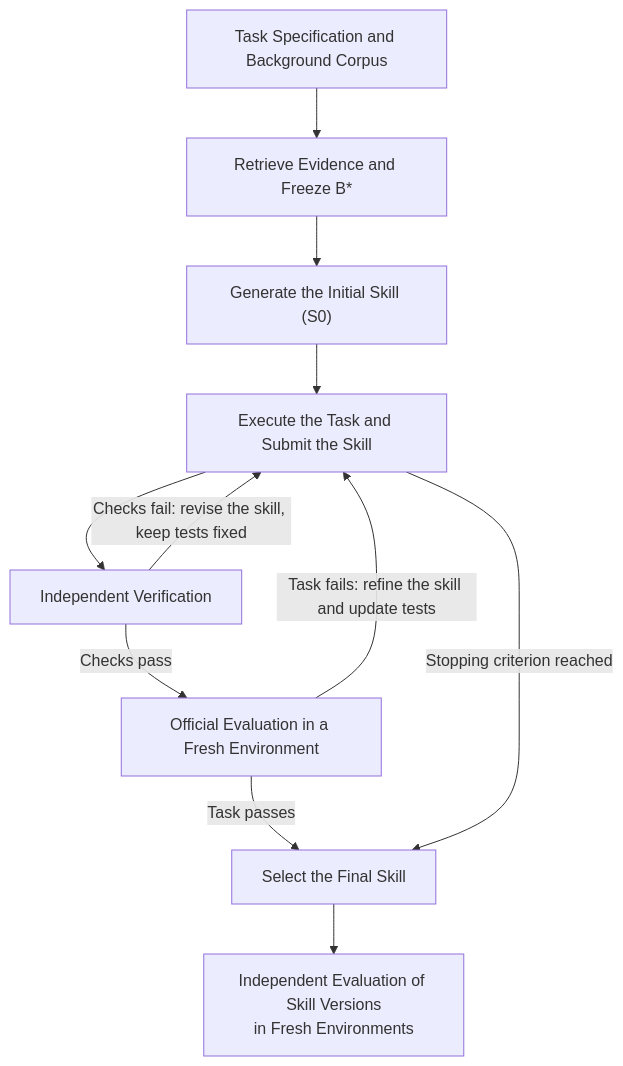
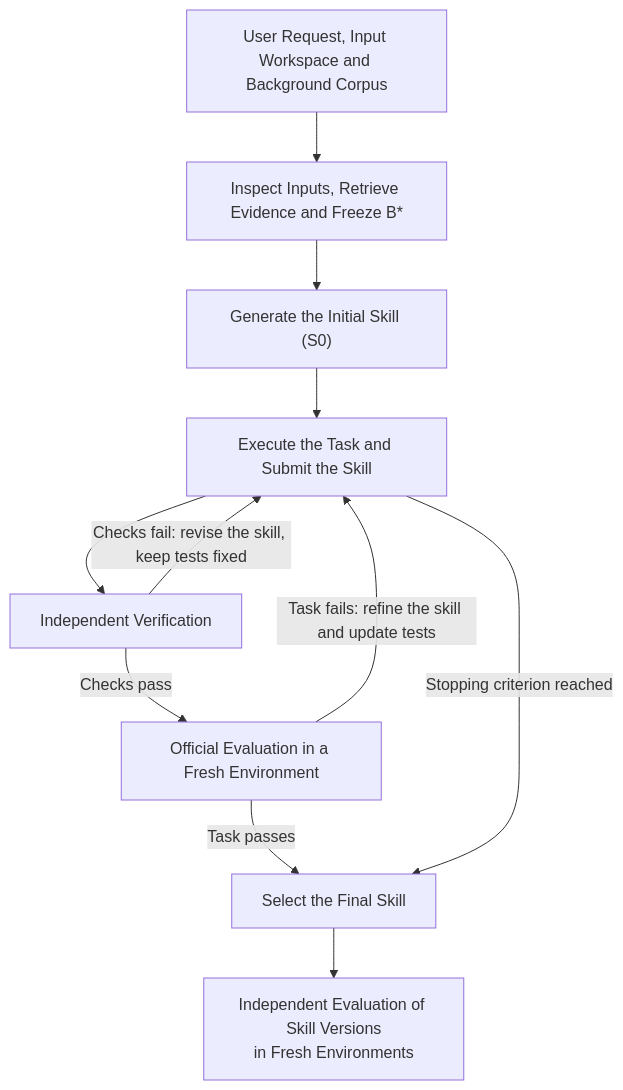
The diagram in docs/skill-evolution-method.md (Cthloveross/Skill-Creation), drawn with Mermaid before and after one commit. The commit also changed other lines of this file and 34 other files, not shown here.

````diff
--- a/docs/skill-evolution-method.md
+++ b/docs/skill-evolution-method.md
@@ -55,13 +57,13 @@
 ```mermaid
 flowchart TD
-    A["Task Specification and Background Corpus"] --> B["Retrieve Evidence and Freeze B*"]
+    A["User Request, Input Workspace and Background Corpus"] --> B["Inspect Inputs, Retrieve Evidence and Freeze B*"]
     B --> C["Generate the Initial Skill (S0)"]
     C --> D["Execute the Task and Submit the Skill"]
     D --> V["Independent Verification"]
     V -->|"Checks fail: revise the skill, keep tests fixed"| D
     V -->|"Checks pass"| O["Official Evaluation in a Fresh Environment"]
     O -->|"Task fails: refine the skill and update tests"| D
     O -->|"Task passes"| F["Select the Final Skill"]
     D -->|"Stopping criterion reached"| F
     F --> G["Independent Evaluation of Skill Versions<br/>in Fresh Environments"]
 ```
````
